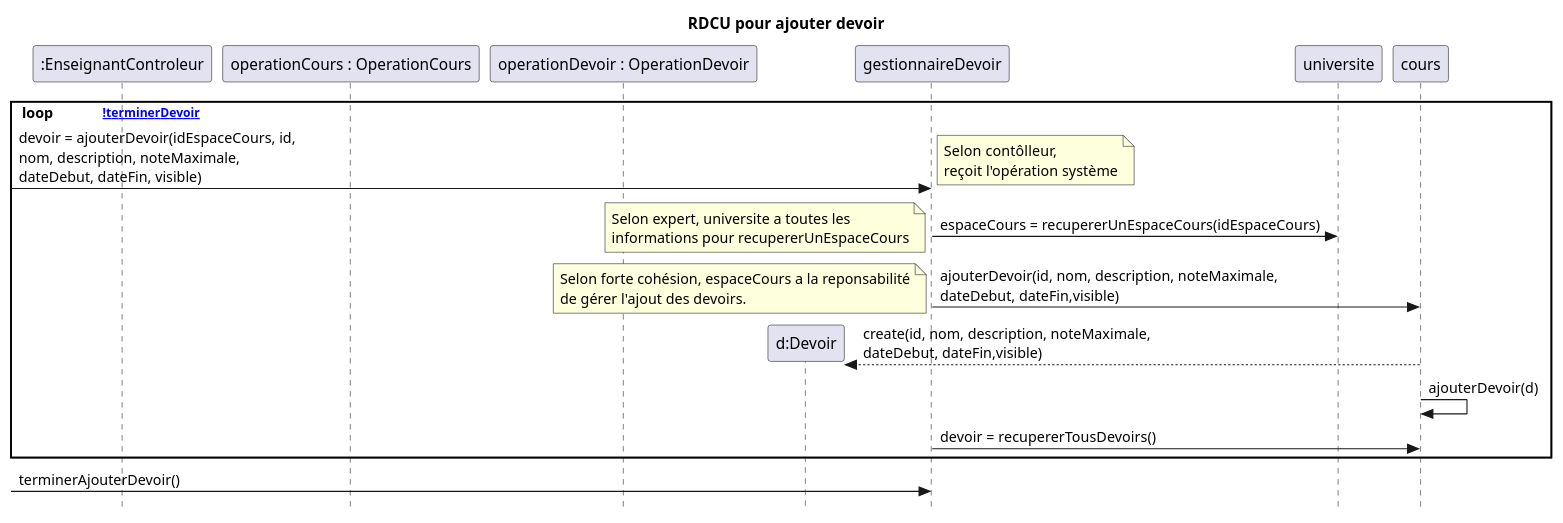
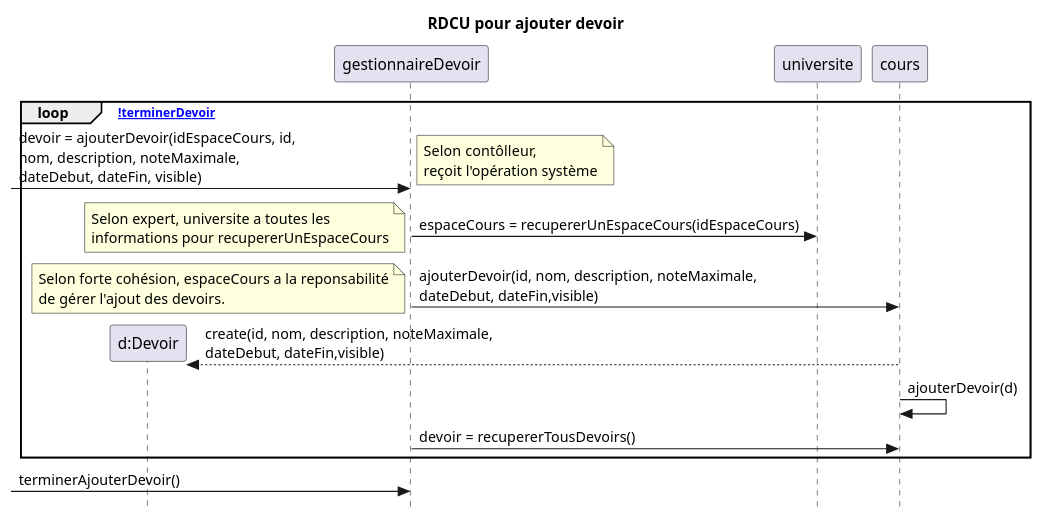
The diagram in docs/Ajouter devoir/RDCU_Ajouter_Devoir.puml (nerdz88/SGA-TS), drawn with PlantUML before and after one commit. The commit also changed 2 other files, not shown here.

```diff
--- a/docs/Ajouter devoir/RDCU_Ajouter_Devoir.puml
+++ b/docs/Ajouter devoir/RDCU_Ajouter_Devoir.puml
@@ -1,24 +1,21 @@
 @startuml ajouterQuestionOld
 skinparam style strictuml
 skinparam defaultfontname Verdana
 title RDCU pour ajouter devoir
-participant ":EnseignantControleur" as sga
-participant "operationCours : OperationCours" as opCours
-participant "operationDevoir : OperationDevoir" as opDevoir
 participant "d:Devoir" as devoir
 
 
 loop [!terminerDevoir]
   ->gestionnaireDevoir : devoir = ajouterDevoir(idEspaceCours, id, \nnom, description, noteMaximale,\ndateDebut, dateFin, visible)
   note left : Selon contôlleur,\nreçoit l'opération système 
   gestionnaireDevoir -> universite : espaceCours = recupererUnEspaceCours(idEspaceCours)
   note left : Selon expert, universite a toutes les\ninformations pour recupererUnEspaceCours
   gestionnaireDevoir -> cours : ajouterDevoir(id, nom, description, noteMaximale, \ndateDebut, dateFin,visible)
   note left : Selon forte cohésion, espaceCours a la reponsabilité\nde gérer l'ajout des devoirs.
   cours-->devoir** : create(id, nom, description, noteMaximale, \ndateDebut, dateFin,visible)
   cours->cours : ajouterDevoir(d)
   gestionnaireDevoir -> cours : devoir = recupererTousDevoirs()
 end
 -> gestionnaireDevoir : terminerAjouterDevoir()
 
 @enduml
```
